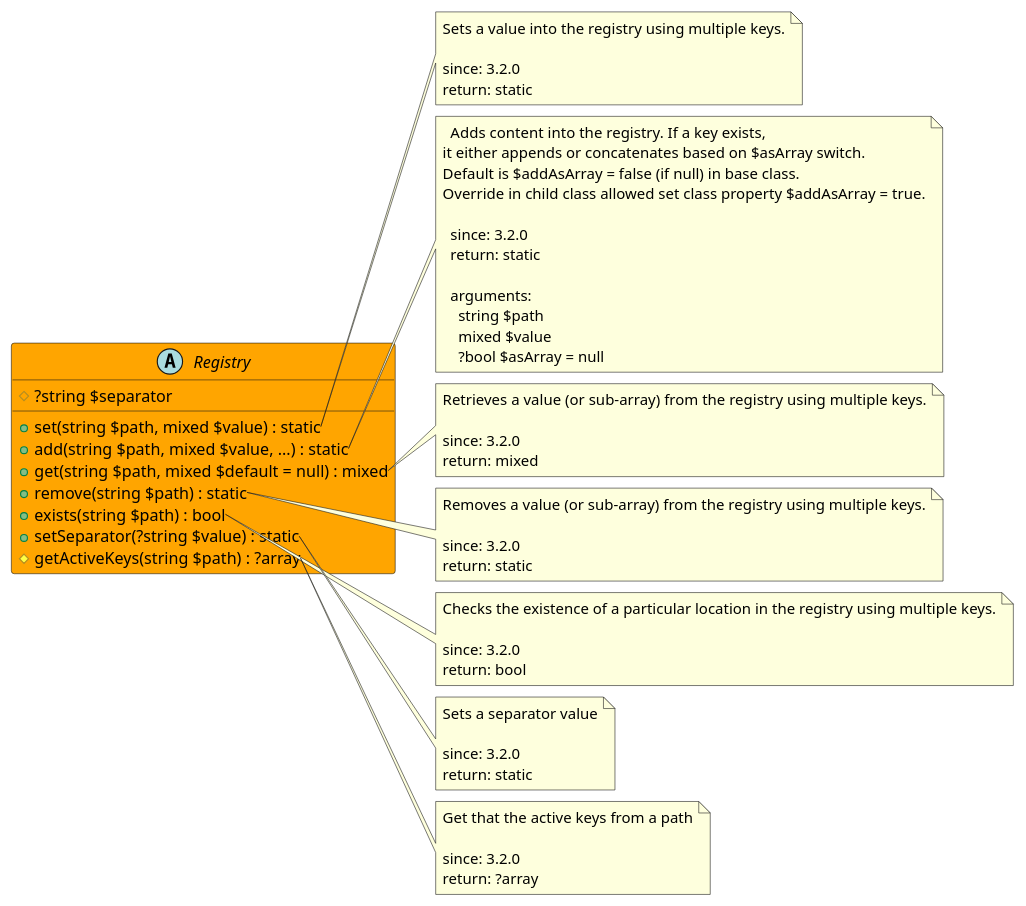
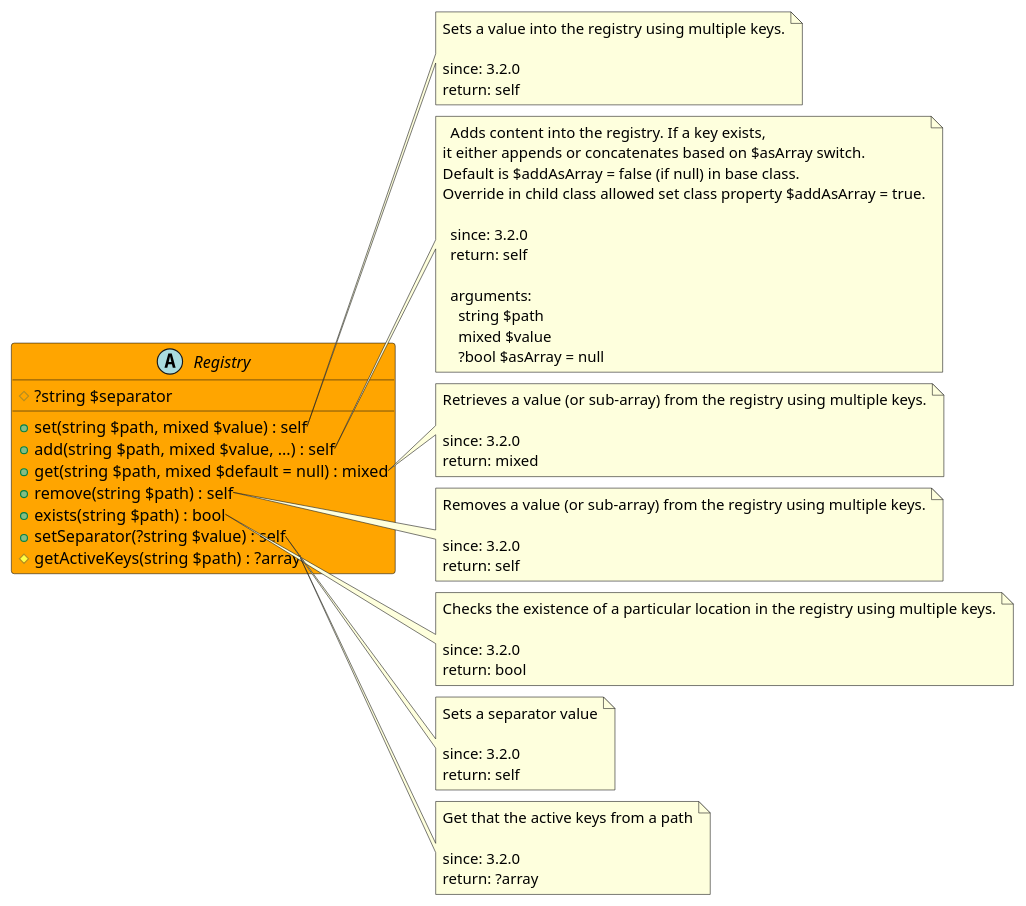
One commit to joomengine/super-powers changed the diagram in src/7e822c03-1b20-41d1-9427-f5b8d5836af7/README.md. Above: the diagram before and after it, drawn with PlantUML. The commit also changed 18 other files, not shown here.

````diff
--- a/src/7e822c03-1b20-41d1-9427-f5b8d5836af7/README.md
+++ b/src/7e822c03-1b20-41d1-9427-f5b8d5836af7/README.md
@@ -12,72 +12,72 @@
 ```uml
 @startuml
 abstract Registry  #Orange {
   # ?string $separator
-  + set(string $path, mixed $value) : static
-  + add(string $path, mixed $value, ...) : static
+  + set(string $path, mixed $value) : self
+  + add(string $path, mixed $value, ...) : self
   + get(string $path, mixed $default = null) : mixed
-  + remove(string $path) : static
+  + remove(string $path) : self
   + exists(string $path) : bool
-  + setSeparator(?string $value) : static
+  + setSeparator(?string $value) : self
   # getActiveKeys(string $path) : ?array
 }
 
 note right of Registry::set
   Sets a value into the registry using multiple keys.
 
   since: 3.2.0
-  return: static
+  return: self
 end note
 
 note right of Registry::add
   Adds content into the registry. If a key exists,
 it either appends or concatenates based on $asArray switch.
 Default is $addAsArray = false (if null) in base class.
 Override in child class allowed set class property $addAsArray = true.
 
   since: 3.2.0
-  return: static
+  return: self
   
   arguments:
     string $path
     mixed $value
     ?bool $asArray = null
 end note
 
 note right of Registry::get
   Retrieves a value (or sub-array) from the registry using multiple keys.
 
   since: 3.2.0
   return: mixed
 end note
 
 note right of Registry::remove
   Removes a value (or sub-array) from the registry using multiple keys.
 
   since: 3.2.0
-  return: static
+  return: self
 end note
 
 note right of Registry::exists
   Checks the existence of a particular location in the registry using multiple keys.
 
   since: 3.2.0
   return: bool
 end note
 
 note right of Registry::setSeparator
   Sets a separator value
 
   since: 3.2.0
-  return: static
+  return: self
 end note
 
 note right of Registry::getActiveKeys
   Get that the active keys from a path
 
   since: 3.2.0
   return: ?array
 end note
  
 @enduml
 ```
````
